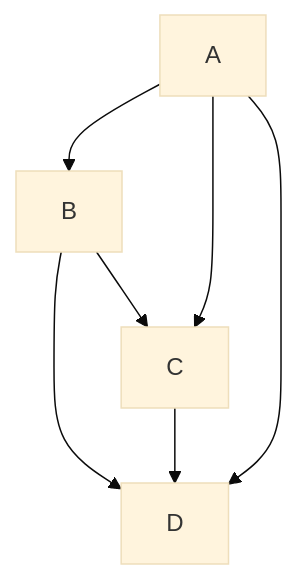
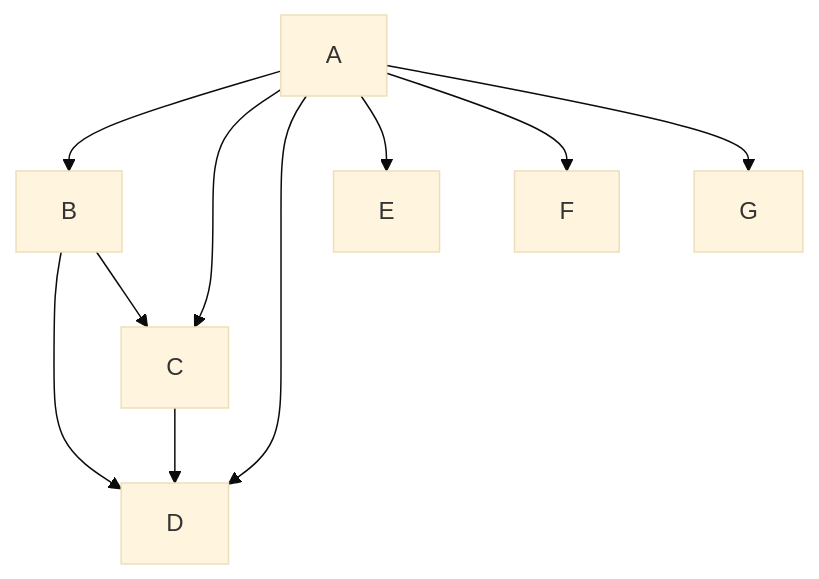
The diagram in readme.md (sechshelme/Lazarus-FreeVision-Tutorial), drawn with Mermaid (base theme) before and after one commit.

````diff
--- a/readme.md
+++ b/readme.md
@@ -24,9 +24,12 @@
 ```mermaid
 graph TD;
     A-->B;
     A-->C;
     B-->D;
     C-->D;
     B-->C;
     A-->D;
+    A-->E;
+    A-->F;
+    A-->G;
 ```
````
